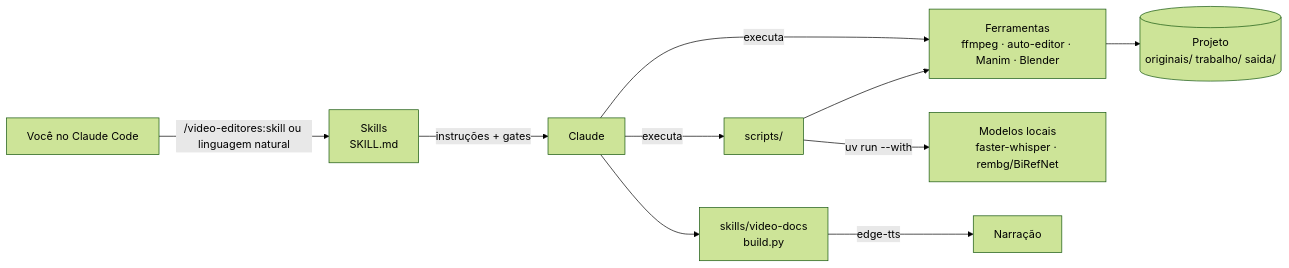
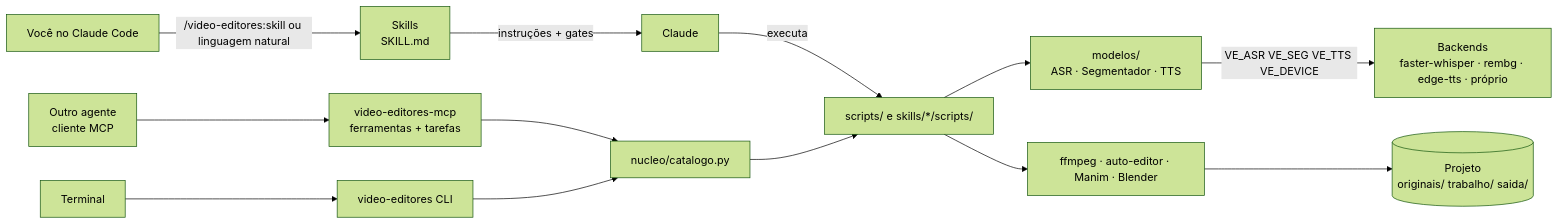
The diagram in docs/arquitetura.md (fmnapoli/video-editores), drawn with Mermaid (forest theme) before and after one commit. The commit also changed other lines of this file and 34 other files, not shown here.

First line of the commit message:
feat: núcleo video_editores com modelos de IA trocáveis, CLI única e servidor MCP (0.5.0)

````diff
--- a/docs/arquitetura.md
+++ b/docs/arquitetura.md
@@ -5,12 +5,15 @@
 ```mermaid
 flowchart LR
   U[Você no Claude Code] -->|"/video-editores:skill" ou linguagem natural| S[Skills<br/>SKILL.md]
   S -->|instruções + gates| C[Claude]
-  C -->|executa| SC[scripts/]
-  C -->|executa| T[Ferramentas<br/>ffmpeg · auto-editor · Manim · Blender]
-  SC --> T
-  SC -->|uv run --with| M[Modelos locais<br/>faster-whisper · rembg/BiRefNet]
+  A[Outro agente<br/>cliente MCP] --> MCP[video-editores-mcp<br/>ferramentas + tarefas]
+  T2[Terminal] --> CLI[video-editores CLI]
+  C -->|executa| SC[scripts/ e skills/*/scripts/]
+  MCP --> CAT[nucleo/catalogo.py]
+  CLI --> CAT
+  CAT --> SC
+  SC --> MOD[modelos/<br/>ASR · Segmentador · TTS]
+  MOD -->|VE_ASR VE_SEG VE_TTS VE_DEVICE| B[Backends<br/>faster-whisper · rembg · edge-tts · próprio]
+  SC --> T[ffmpeg · auto-editor · Manim · Blender]
   T --> F[(Projeto<br/>originais/ trabalho/ saida/)]
-  VD[skills/video-docs<br/>build.py] -->|edge-tts| N[Narração]
-  C --> VD
 ```
````
